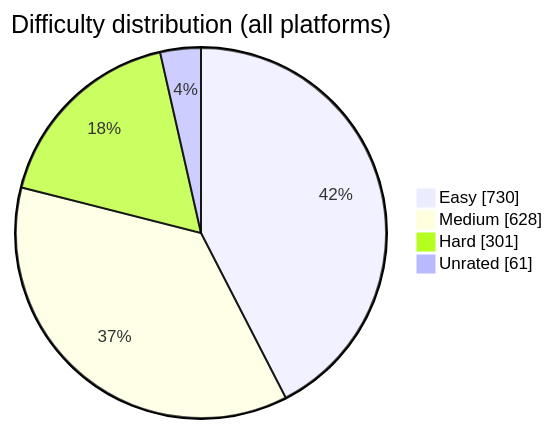
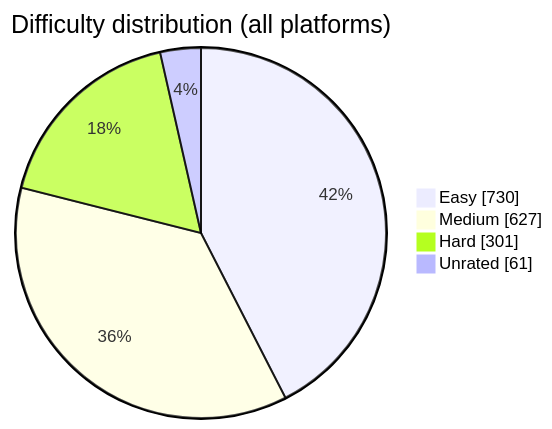
The diagram in README.md (BuildbyArindam/Daily-Coding-Log), drawn with Mermaid before and after one commit. The commit also changed other lines of this file, not shown here.

````diff
--- a/README.md
+++ b/README.md
@@ -93,7 +93,7 @@
 ```mermaid
 pie showData title Difficulty distribution (all platforms)
     "Easy" : 730
-    "Medium" : 628
+    "Medium" : 627
     "Hard" : 301
     "Unrated" : 61
 ```
````
